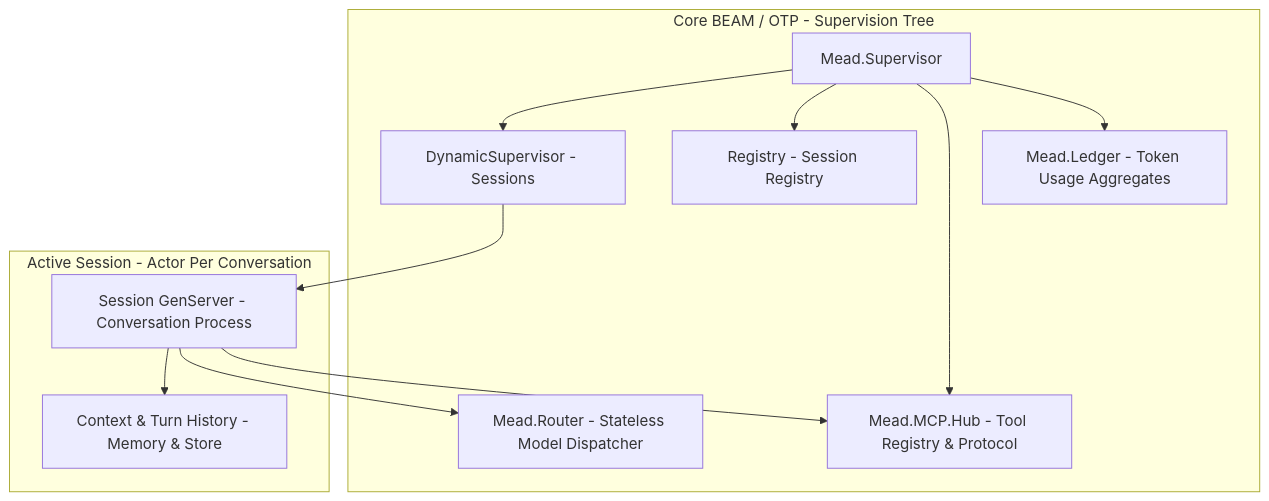
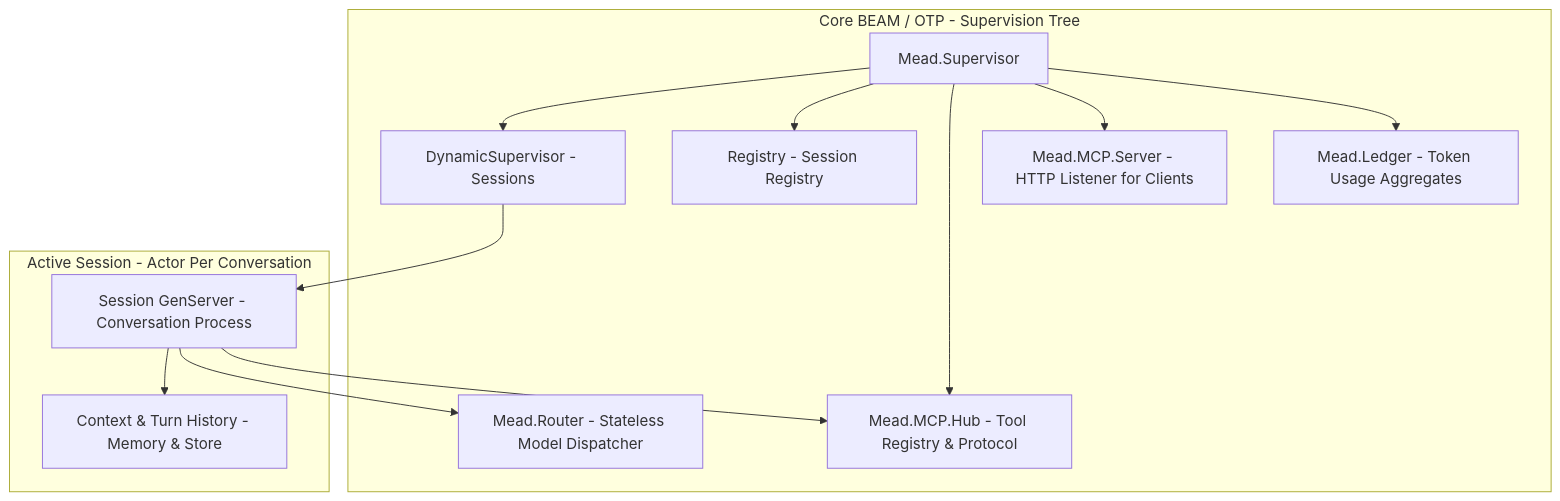
Before and after one commit to albertosca/mead: the first of 2 diagrams in docs/ARCHITECTURE.md, drawn with Mermaid. The commit also changed other lines of this file and 5 other files, not shown here.

Commit message:
Test the MCP server end to end over HTTP and document it

````diff
--- a/docs/ARCHITECTURE.md
+++ b/docs/ARCHITECTURE.md
@@ -10,26 +10,28 @@
 ```mermaid
 graph TD
     subgraph core_otp ["Core BEAM / OTP - Supervision Tree"]
         RootSup["Mead.Supervisor"]
         SessionSup["DynamicSupervisor - Sessions"]
         Registry["Registry - Session Registry"]
         RouterEngine["Mead.Router - Stateless Model Dispatcher"]
         MCPHub["Mead.MCP.Hub - Tool Registry & Protocol"]
+        MCPServer["Mead.MCP.Server - HTTP Listener for Clients"]
         Metrics["Mead.Ledger - Token Usage Aggregates"]
     end
 
     RootSup --> SessionSup
     RootSup --> Registry
     RootSup --> MCPHub
+    RootSup --> MCPServer
     RootSup --> Metrics
 
     subgraph active_session ["Active Session - Actor Per Conversation"]
         SessionProc["Session GenServer - Conversation Process"]
         ContextBuffer["Context & Turn History - Memory & Store"]
     end
 
     SessionSup --> SessionProc
     SessionProc --> ContextBuffer
     SessionProc --> RouterEngine
     SessionProc --> MCPHub
 ```
````
